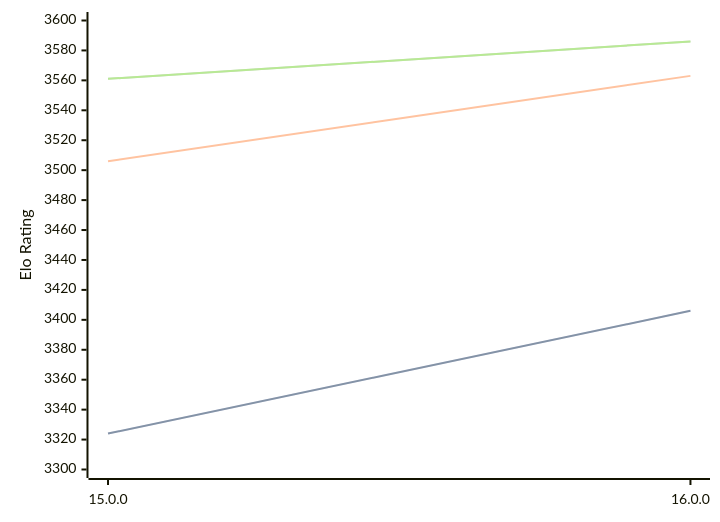
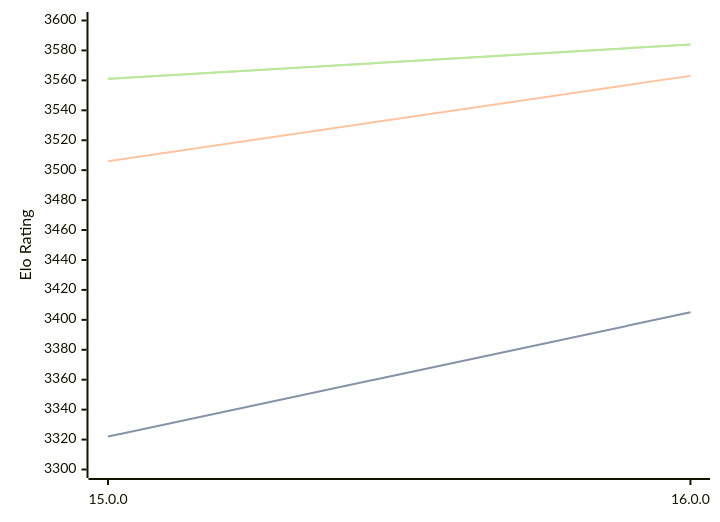
One commit to computer-chess-index/cci changed the diagram in engines/Halogen.md. Above: the diagram before and after it, drawn with Mermaid. The commit also changed other lines of this file, not shown here.

Commit message:
Update CCI Ratings (ELO VLTC) - 2026-03-15

````diff
--- a/engines/Halogen.md
+++ b/engines/Halogen.md
@@ -48,11 +48,11 @@
 ```mermaid
 %%{init: {"theme":"base","themeVariables":{"seriesColors:['#a3a3a3','#222221','#faa371']}}}%%
 xychart-beta
   x-axis ["15.0.0", "16.0.0"]
   y-axis "Elo Rating" 3300 --> 3600
-  line "STC (8.0+0.08s)" [3324, 3406]
-  line "STC (8.0+0.08s)" [3324, 3406]
+  line "STC (8.0+0.08s)" [3322, 3405]
+  line "STC (8.0+0.08s)" [3322, 3405]
   line "LTC (60.0+0.60s)" [3506, 3563]
-  line "VLTC (2m24s+1.12s)" [3561, 3586]
-  line "VLTC (2m24s+1.12s)" [3561, 3586]
+  line "VLTC (2m24s+1.12s)" [3561, 3584]
+  line "VLTC (2m24s+1.12s)" [3561, 3584]
 ```
````
